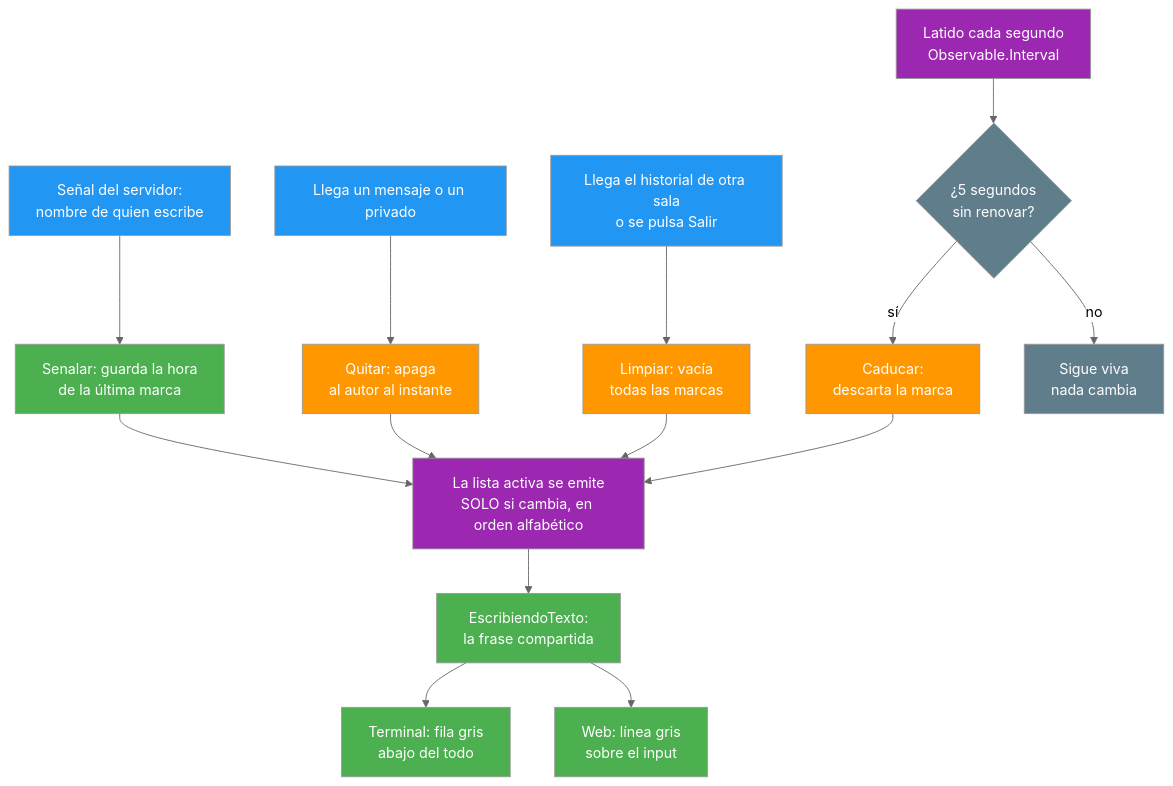
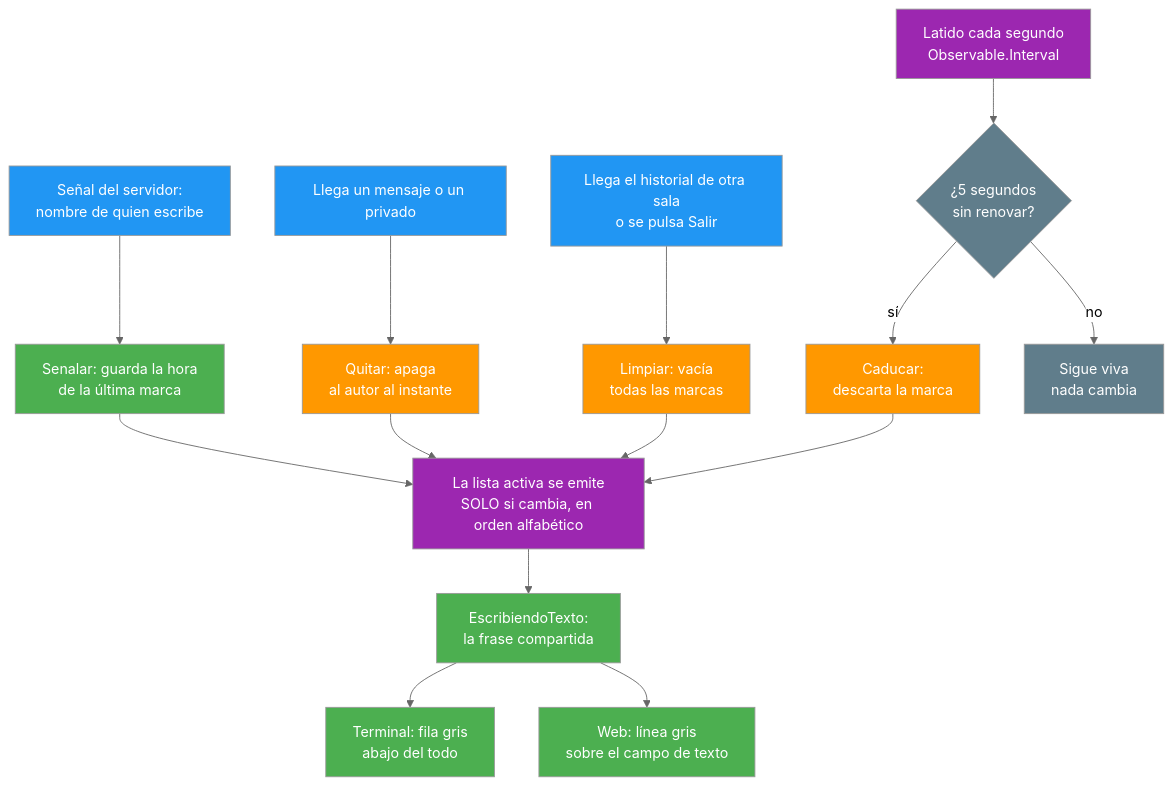
The third of 3 diagrams in docs/06-escritura-en-vivo.md (joseluisgs/AulaChatNet), drawn with Mermaid (neutral theme) before and after one commit. The commit also changed other lines of this file and 11 other files, not shown here.

````diff
--- a/docs/06-escritura-en-vivo.md
+++ b/docs/06-escritura-en-vivo.md
@@ -151,31 +151,31 @@
 ```mermaid
 flowchart TD
     E["Señal del servidor:<br/>nombre de quien escribe"] --> Q["Senalar: guarda la hora<br/>de la última marca"]
     M["Llega un mensaje o un privado"] --> X["Quitar: apaga<br/>al autor al instante"]
     H["Llega el historial de otra sala<br/>o se pulsa Salir"] --> C["Limpiar: vacía<br/>todas las marcas"]
     R["Latido cada segundo<br/>Observable.Interval"] --> F{"¿5 segundos<br/>sin renovar?"}
     F -->|"sí"| D["Caducar:<br/>descarta la marca"]
     F -->|"no"| G["Sigue viva<br/>nada cambia"]
     Q --> B["La lista activa se emite<br/>SOLO si cambia, en orden alfabético"]
     X --> B
     C --> B
     D --> B
     B --> T["EscribiendoTexto:<br/>la frase compartida"]
     T --> P["Terminal: fila gris<br/>abajo del todo"]
-    T --> W["Web: línea gris<br/>sobre el input"]
+    T --> W["Web: línea gris<br/>sobre el campo de texto"]
 
     style E fill:#2196F3,color:#fff
     style M fill:#2196F3,color:#fff
     style H fill:#2196F3,color:#fff
     style R fill:#9C27B0,color:#fff
     style Q fill:#4CAF50,color:#fff
     style X fill:#FF9800,color:#fff
     style C fill:#FF9800,color:#fff
     style F fill:#607D8B,color:#fff
     style D fill:#FF9800,color:#fff
     style G fill:#607D8B,color:#fff
     style B fill:#9C27B0,color:#fff
     style T fill:#4CAF50,color:#fff
     style P fill:#4CAF50,color:#fff
     style W fill:#4CAF50,color:#fff
 ```
````
